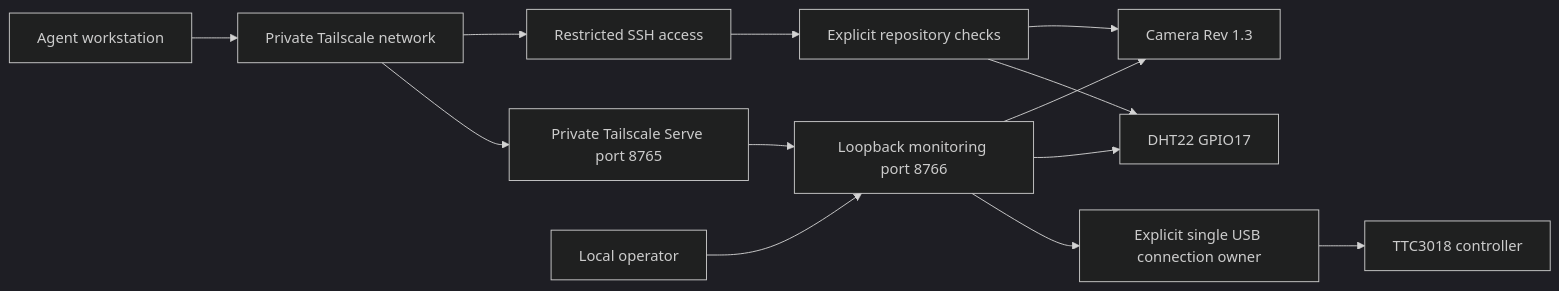
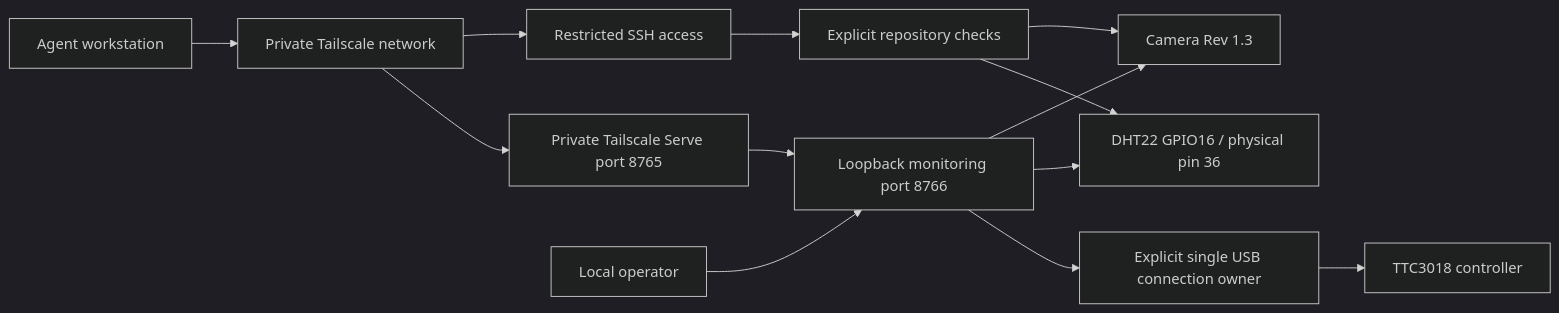
Before and after one commit to Trafficode/ttc3018-bot: the diagram in docs/architecture/system.md, drawn with Mermaid (dark theme). The commit also changed 4 other files, not shown here.

Commit message:
Configure DHT22 on header GPIO16 (physical pin 36)

````diff
--- a/docs/architecture/system.md
+++ b/docs/architecture/system.md
@@ -6,15 +6,15 @@
 ```mermaid
 flowchart LR
     Agent[Agent workstation] --> TS[Private Tailscale network]
     TS --> SSH[Restricted SSH access]
     TS --> Serve[Private Tailscale Serve port 8765]
     Serve --> Monitor[Loopback monitoring port 8766]
     Monitor --> Camera
     Monitor --> DHT
     SSH --> Scripts[Explicit repository checks]
     Scripts --> Camera[Camera Rev 1.3]
-    Scripts --> DHT[DHT22 GPIO17]
+    Scripts --> DHT[DHT22 GPIO16 / physical pin 36]
     Operator[Local operator] --> Monitor
     Monitor --> USB[Explicit single USB connection owner]
     USB --> CNC[TTC3018 controller]
 ```
````
